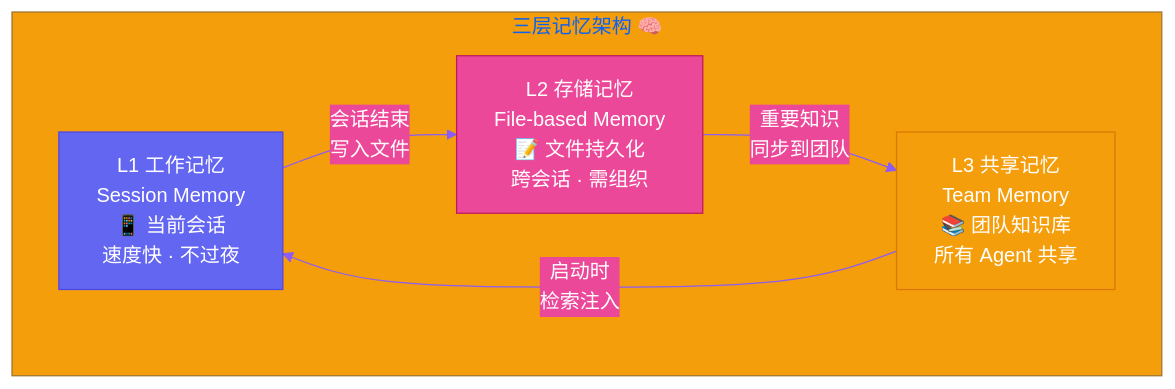
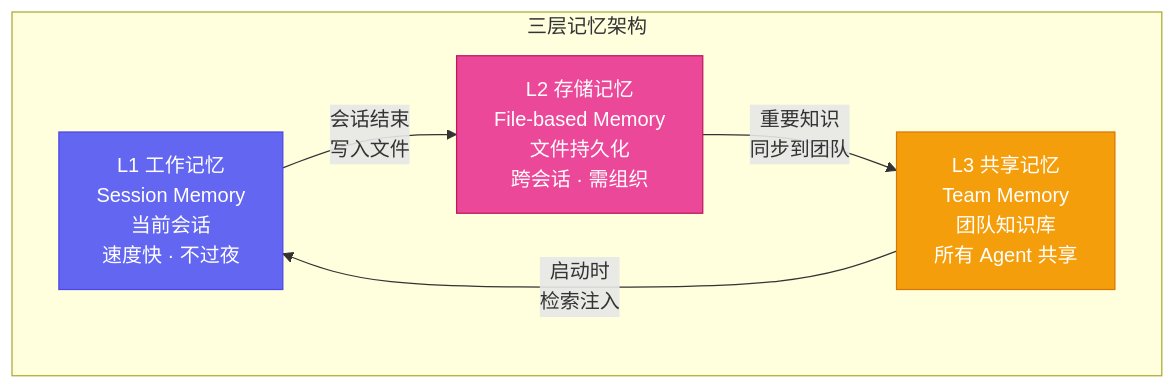
The first of 2 diagrams in posts/yason-and-roberts/zh/ch04.md (VokoForge/ai-prism), drawn with Mermaid before and after one commit. The commit also changed other lines of this file and 31 other files, not shown here.

First line of the commit message:
✨ Rewrite all articles: hook titles, Mermaid diagrams, engaging style

````diff
--- a/posts/yason-and-roberts/zh/ch04.md
+++ b/posts/yason-and-roberts/zh/ch04.md
@@ -26,17 +26,16 @@
 ```mermaid
-%%{init: {'theme': 'base', 'themeVariables': {'primaryColor': '#6366f1','primaryTextColor': '#fff','primaryBorderColor': '#4f46e5','lineColor': '#8b5cf6','secondaryColor': '#ec4899','tertiaryColor': '#f59e0b'}}}%%
 graph TB
-    subgraph "三层记忆架构 🧠"
-        L1["L1 工作记忆<br>Session Memory<br>📱 当前会话<br>速度快 · 不过夜"]
-        L2["L2 存储记忆<br>File-based Memory<br>📝 文件持久化<br>跨会话 · 需组织"]
-        L3["L3 共享记忆<br>Team Memory<br>📚 团队知识库<br>所有 Agent 共享"]
+    subgraph "三层记忆架构"
+        L1["L1 工作记忆<br>Session Memory<br>当前会话<br>速度快 · 不过夜"]
+        L2["L2 存储记忆<br>File-based Memory<br>文件持久化<br>跨会话 · 需组织"]
+        L3["L3 共享记忆<br>Team Memory<br>团队知识库<br>所有 Agent 共享"]
     end
 
     L1 -->|"会话结束<br>写入文件"| L2
     L2 -->|"重要知识<br>同步到团队"| L3
     L3 -->|"启动时<br>检索注入"| L1
 
     style L1 fill:#6366f1,stroke:#4f46e5,color:#fff
     style L2 fill:#ec4899,stroke:#be185d,color:#fff
     style L3 fill:#f59e0b,stroke:#d97706,color:#fff
 ```
````
